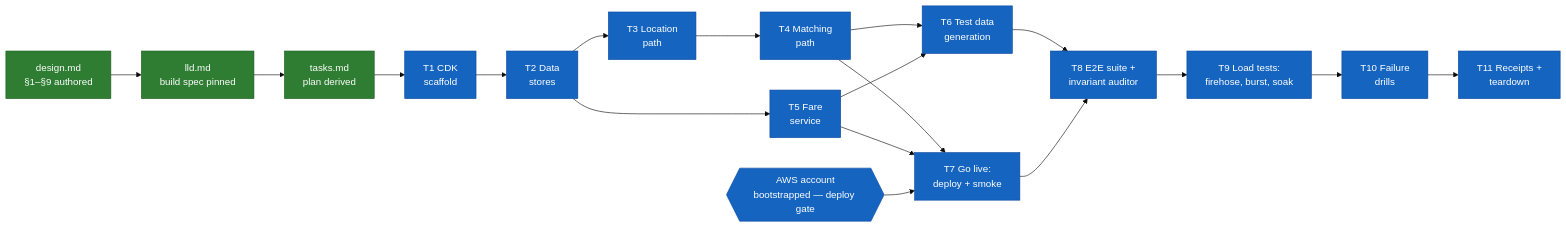
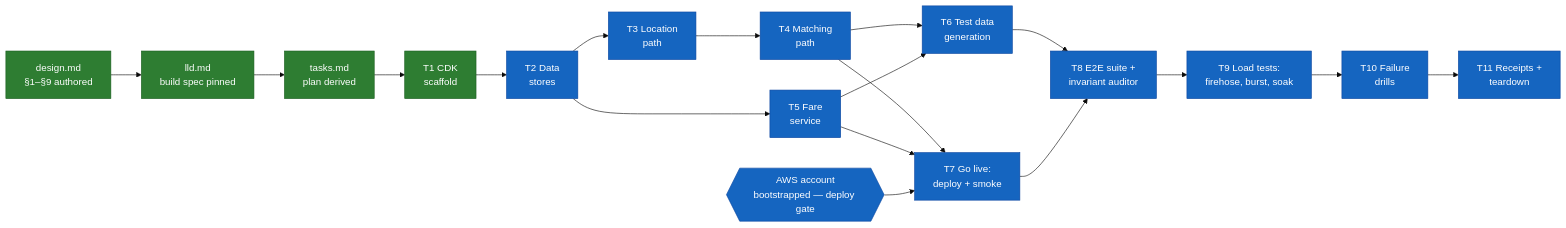
One commit to quannh0308/SystemDesignDeepDives changed the diagram in uber-like-rides/ledger.md. Above: the diagram before and after it, drawn with Mermaid (base theme). The commit also changed other lines of this file and 17 other files, not shown here.

````diff
--- a/uber-like-rides/ledger.md
+++ b/uber-like-rides/ledger.md
@@ -8,38 +8,38 @@
 ```mermaid
 flowchart LR
     DESIGN[design.md<br/>§1–§9 authored]
     LLD[lld.md<br/>build spec pinned]
     PLAN[tasks.md<br/>plan derived]
     T1[T1 CDK<br/>scaffold]
     T2[T2 Data<br/>stores]
     T3[T3 Location<br/>path]
     T4[T4 Matching<br/>path]
     T5[T5 Fare<br/>service]
     T6[T6 Test data<br/>generation]
     T7[T7 Go live:<br/>deploy + smoke]
     T8[T8 E2E suite +<br/>invariant auditor]
     T9[T9 Load tests:<br/>firehose, burst, soak]
     T10[T10 Failure<br/>drills]
     T11[T11 Receipts +<br/>teardown]
     AWS{{AWS account<br/>bootstrapped — deploy gate}}
 
     DESIGN --> LLD --> PLAN --> T1
     T1 --> T2
     T2 --> T3
     T2 --> T5
     T3 --> T4
     T4 --> T6
     T5 --> T6
     T4 --> T7
     T5 --> T7
     AWS --> T7
     T6 --> T8
     T7 --> T8
     T8 --> T9 --> T10 --> T11
 
     classDef done fill:#2e7d32,color:#fff,stroke:#1b5e20
     classDef active fill:#ff8f00,color:#fff,stroke:#e65100
     classDef pending fill:#1565c0,color:#fff,stroke:#0d47a1
-    class DESIGN,LLD,PLAN done
-    class T1,T2,T3,T4,T5,T6,T7,T8,T9,T10,T11,AWS pending
+    class DESIGN,LLD,PLAN,T1 done
+    class T2,T3,T4,T5,T6,T7,T8,T9,T10,T11,AWS pending
 ```
````
